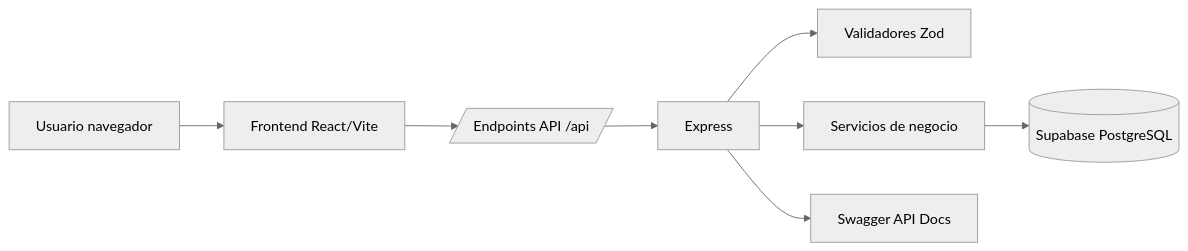
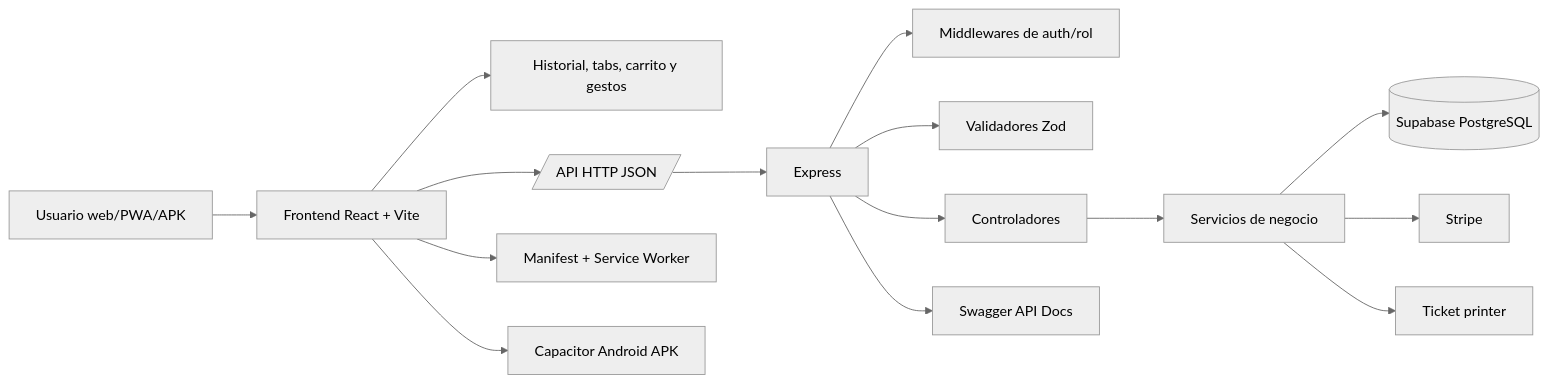
One commit to KalzKiw/Komo changed the first of 2 diagrams in Memoria.md. Above: the diagram before and after it, drawn with Mermaid (neutral theme). The commit also changed other lines of this file and 39 other files, not shown here.

````diff
--- a/Memoria.md
+++ b/Memoria.md
@@ -214,10 +291,17 @@
 ```mermaid
 flowchart LR
-    U[Usuario navegador] --> F[Frontend React/Vite]
-    F --> API[/Endpoints API /api/]
+    U[Usuario web/PWA/APK] --> F[Frontend React + Vite]
+    F --> H[Historial, tabs, carrito y gestos]
+    F --> API[/API HTTP JSON/]
     API --> E[Express]
+    E --> M[Middlewares de auth/rol]
     E --> V[Validadores Zod]
-    E --> S[Servicios de negocio]
+    E --> C[Controladores]
+    C --> S[Servicios de negocio]
     S --> DB[(Supabase PostgreSQL)]
-    E --> SW[Swagger API Docs]
+    S --> ST[Stripe]
+    S --> T[Ticket printer]
+    E --> SWG[Swagger API Docs]
+    F --> PWA[Manifest + Service Worker]
+    F --> CAP[Capacitor Android APK]
 ```
````
